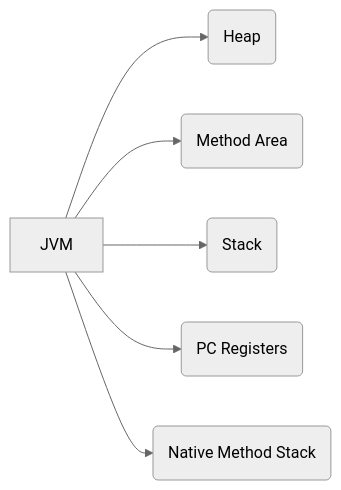
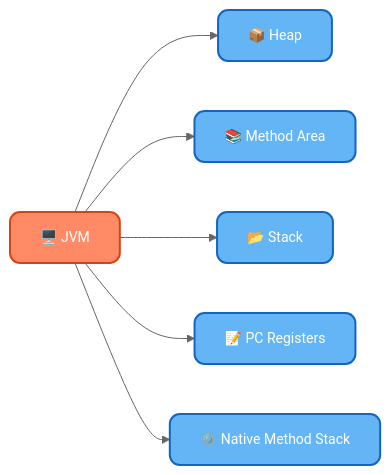
The third of 5 diagrams in _posts/2025-01-06-15.-memory-allocation-in-java.md (infoyouth/infoyouth.github.io), drawn with Mermaid (neutral theme) before and after one commit. The commit also changed other lines of this file and 2 other files, not shown here.

````diff
--- a/_posts/2025-01-06-15.-memory-allocation-in-java.md
+++ b/_posts/2025-01-06-15.-memory-allocation-in-java.md
@@ -216,8 +229,19 @@
 ```mermaid
 graph LR
-    A[JVM] --> B(Heap);
-    A --> C(Method Area);
-    A --> D(Stack);
-    A --> E(PC Registers);
-    A --> F(Native Method Stack);
+    classDef jvmStyle fill:#FF8A65,stroke:#D84315,color:#FFFFFF,font-size:14px,stroke-width:2px,rx:10px;
+    classDef memoryStyle fill:#64B5F6,stroke:#1565C0,color:#FFFFFF,font-size:14px,stroke-width:2px,rx:10px;
+
+    A[🖥️ JVM] --> B[📦 Heap];
+    A --> C[📚 Method Area];
+    A --> D[📂 Stack];
+    A --> E[📝 PC Registers];
+    A --> F[⚙️ Native Method Stack];
+
+    class A jvmStyle;
+    class B memoryStyle;
+    class C memoryStyle;
+    class D memoryStyle;
+    class E memoryStyle;
+    class F memoryStyle;
+
 ```
````
